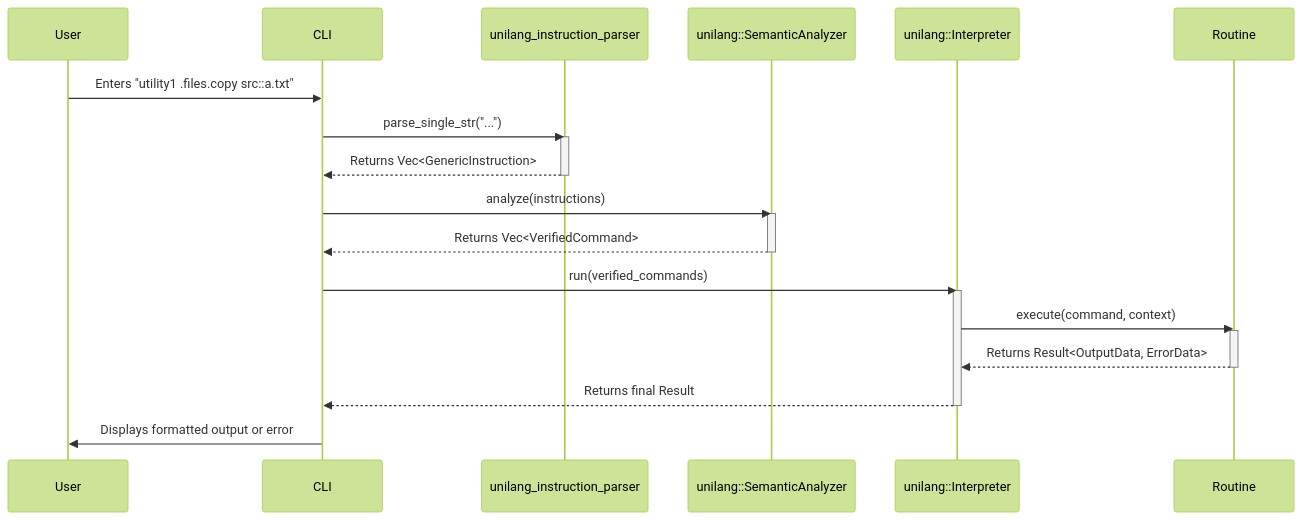
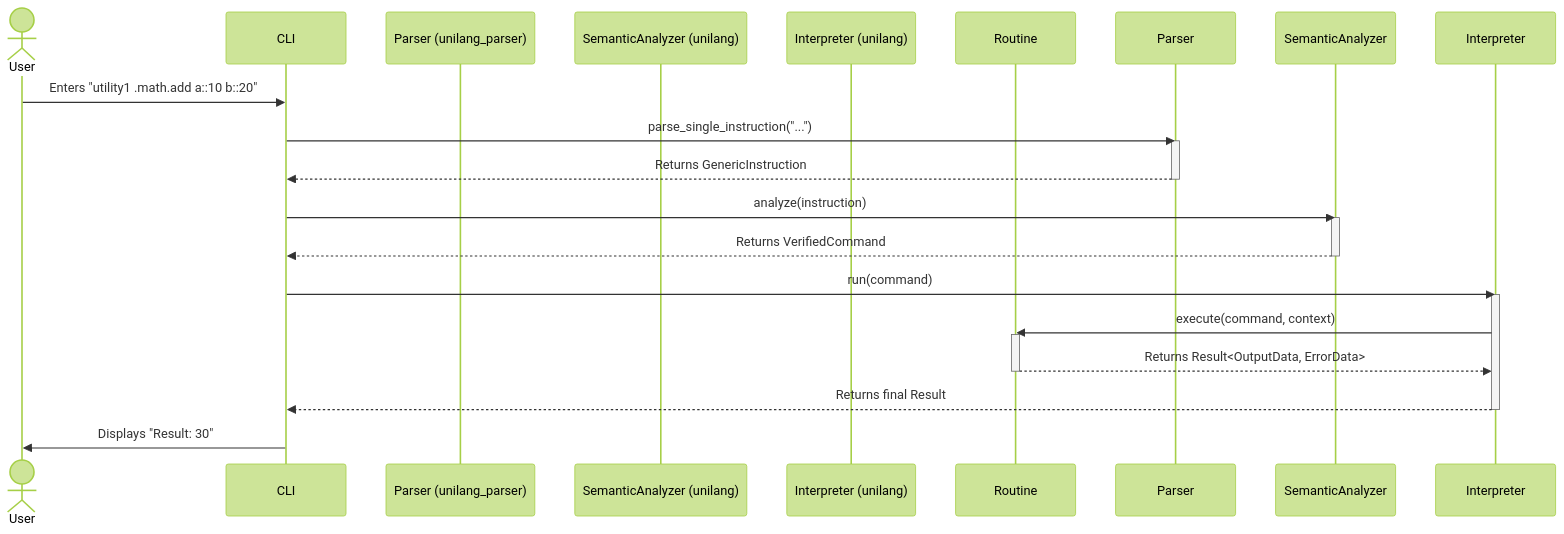
Before and after one commit to Wandalen/wTools: the fifth of 5 diagrams in module/move/unilang/spec.md, drawn with Mermaid (forest theme). The commit also changed other lines of this file and 1641 other files, not shown here.

````diff
--- a/module/move/unilang/spec.md
+++ b/module/move/unilang/spec.md
@@ -374,28 +375,28 @@
 ```mermaid
 sequenceDiagram
-    participant User
+    actor User
     participant CLI
-    participant Parser as unilang_instruction_parser
-    participant SemanticAnalyzer as unilang::SemanticAnalyzer
-    participant Interpreter as unilang::Interpreter
+    participant Parser (unilang_parser)
+    participant SemanticAnalyzer (unilang)
+    participant Interpreter (unilang)
     participant Routine
 
-    User->>CLI: Enters "utility1 .files.copy src::a.txt"
-    CLI->>Parser: parse_single_str("...")
+    User->>CLI: Enters "utility1 .math.add a::10 b::20"
+    CLI->>Parser: parse_single_instruction("...")
     activate Parser
-    Parser-->>CLI: Returns Vec<GenericInstruction>
+    Parser-->>CLI: Returns GenericInstruction
     deactivate Parser
-    CLI->>SemanticAnalyzer: analyze(instructions)
+    CLI->>SemanticAnalyzer: analyze(instruction)
     activate SemanticAnalyzer
-    SemanticAnalyzer-->>CLI: Returns Vec<VerifiedCommand>
+    SemanticAnalyzer-->>CLI: Returns VerifiedCommand
     deactivate SemanticAnalyzer
-    CLI->>Interpreter: run(verified_commands)
+    CLI->>Interpreter: run(command)
     activate Interpreter
     Interpreter->>Routine: execute(command, context)
     activate Routine
     Routine-->>Interpreter: Returns Result<OutputData, ErrorData>
     deactivate Routine
     Interpreter-->>CLI: Returns final Result
     deactivate Interpreter
-    CLI->>User: Displays formatted output or error
+    CLI->>User: Displays "Result: 30"
 ```
````
